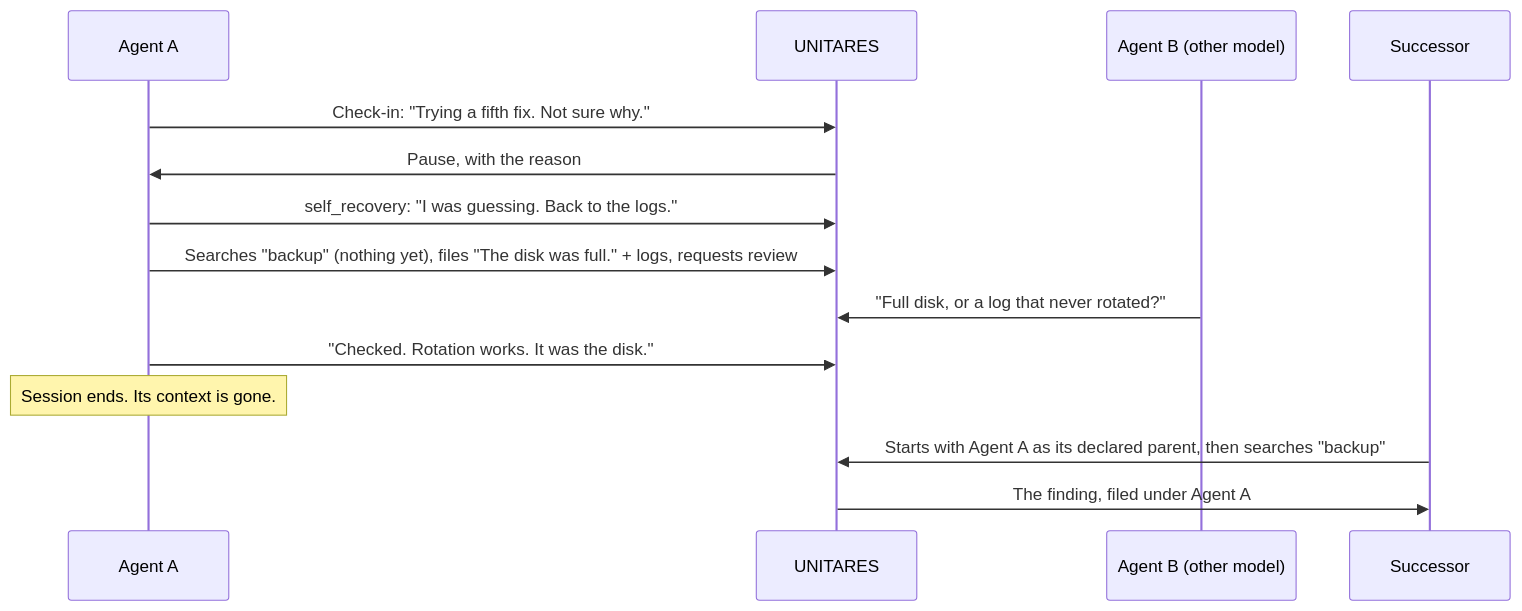
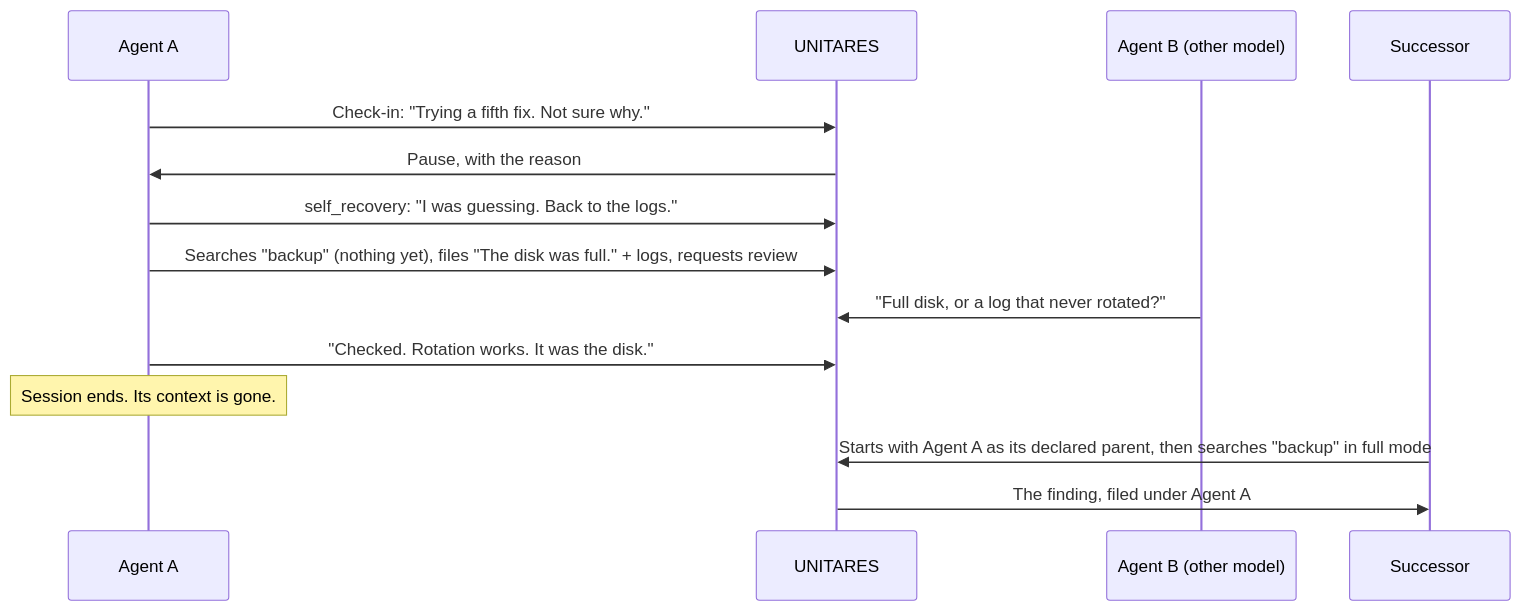
The diagram in README.md (cirwel/unitares), drawn with Mermaid before and after one commit.

Commit message:
docs(readme): the successor searches in full mode to see attribution
The default lean search omits the author; response_mode=full returns it.

````diff
--- a/README.md
+++ b/README.md
@@ -29,16 +29,16 @@
 ```mermaid
 sequenceDiagram
     participant A as Agent A
     participant U as UNITARES
     participant B as Agent B (other model)
     participant S as Successor
     A->>U: Check-in: "Trying a fifth fix. Not sure why."
     U->>A: Pause, with the reason
     A->>U: self_recovery: "I was guessing. Back to the logs."
     A->>U: Searches "backup" (nothing yet), files "The disk was full." + logs, requests review
     B->>U: "Full disk, or a log that never rotated?"
     A->>U: "Checked. Rotation works. It was the disk."
     Note over A: Session ends. Its context is gone.
-    S->>U: Starts with Agent A as its declared parent, then searches "backup"
+    S->>U: Starts with Agent A as its declared parent, then searches "backup" in full mode
     U->>S: The finding, filed under Agent A
 ```
````
